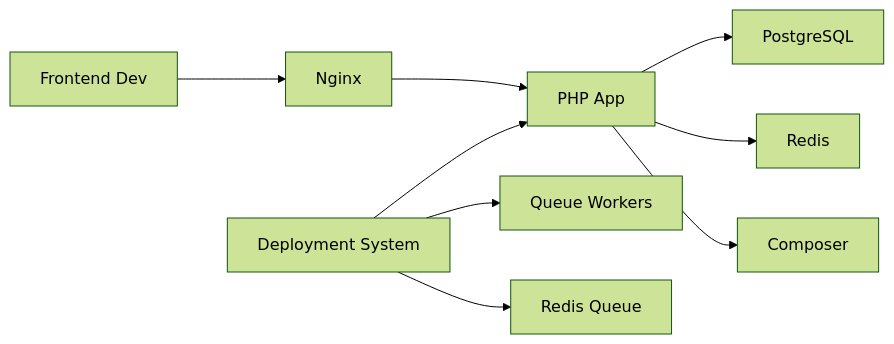
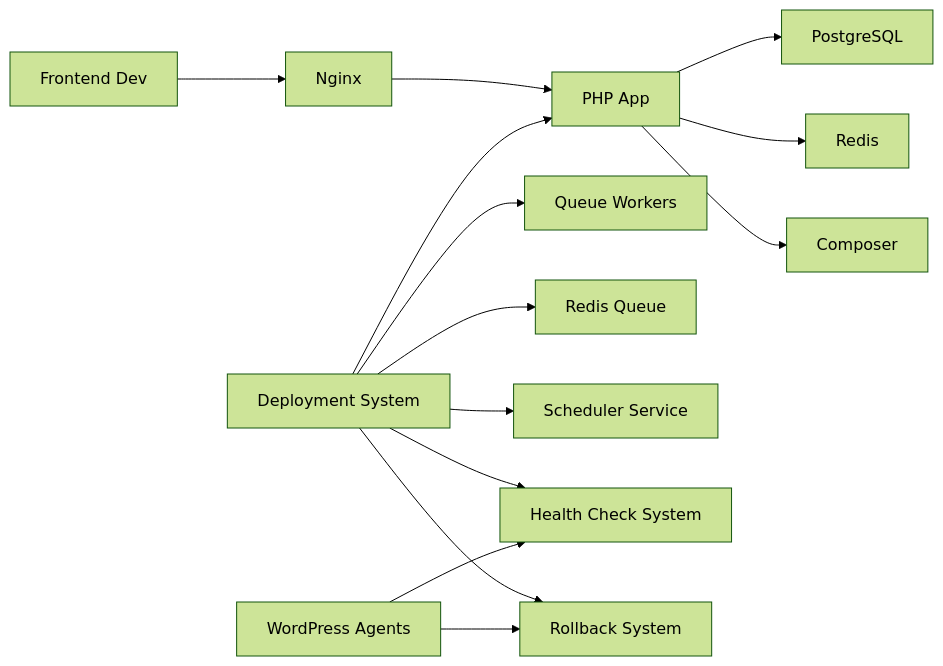
Before and after one commit to FCS-WP/website_portal: the third of 3 diagrams in .qoder/repowiki/en/content/Deployment & Operations/Deployment & Operations.md, drawn with Mermaid (forest theme). The commit also changed other lines of this file and 37 other files, not shown here.

````diff
--- a/.qoder/repowiki/en/content/Deployment & Operations/Deployment & Operations.md
+++ b/.qoder/repowiki/en/content/Deployment & Operations/Deployment & Operations.md
@@ -356,11 +473,16 @@
 ```mermaid
 graph LR
 PHP["PHP App"] --> PG["PostgreSQL"]
 PHP --> RD["Redis"]
 PHP --> CM["Composer"]
 FE["Frontend Dev"] --> NG["Nginx"]
 NG --> PHP
 DEP["Deployment System"] --> PHP
 DEP --> QUEUE["Queue Workers"]
 DEP --> REDIS["Redis Queue"]
+DEP --> SCHED["Scheduler Service"]
+DEP --> HEALTH["Health Check System"]
+DEP --> ROLLBACK["Rollback System"]
+AGENT["WordPress Agents"] --> HEALTH
+AGENT --> ROLLBACK
 ```
````
